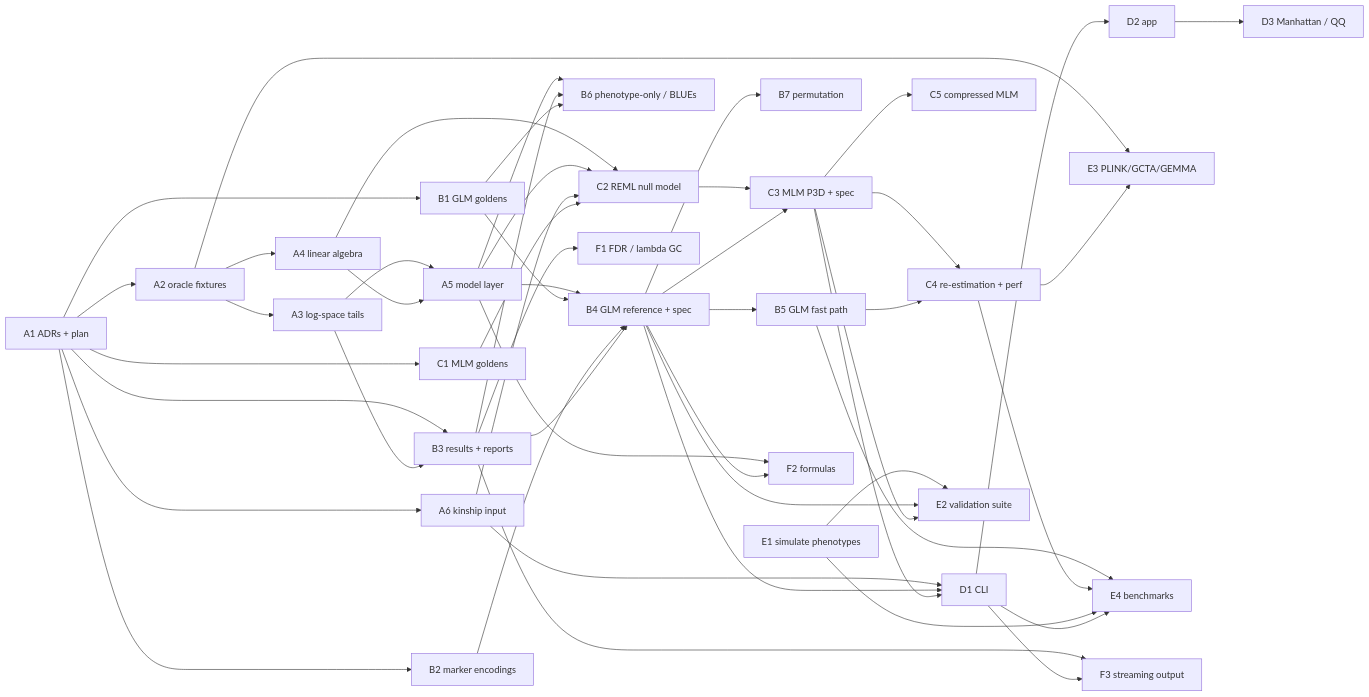
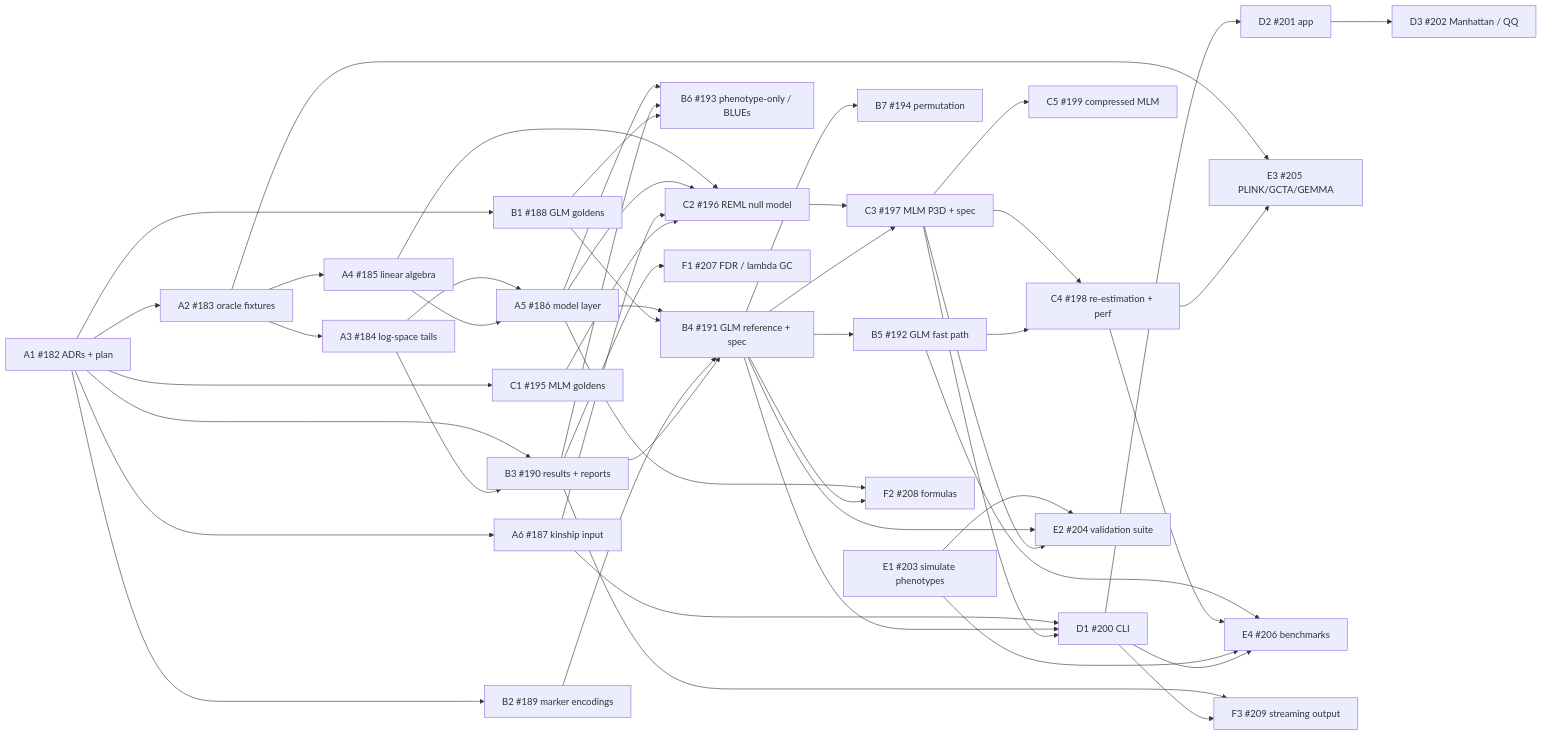
The second of 2 diagrams in docs/llm_notes/ASSOCIATION_PLAN.md (maize-genetics/tassel-6), drawn with Mermaid before and after one commit. The commit also changed other lines of this file and 2 other files, not shown here.

First line of the commit message:
docs(adr): link the association plan to epic #181 and its issues

````diff
--- a/docs/llm_notes/ASSOCIATION_PLAN.md
+++ b/docs/llm_notes/ASSOCIATION_PLAN.md
@@ -488,51 +489,51 @@
 ```mermaid
 flowchart LR
-  A1["A1 ADRs + plan"] --> A2["A2 oracle fixtures"]
-  A2 --> A3["A3 log-space tails"]
-  A2 --> A4["A4 linear algebra"]
-  A3 --> A5["A5 model layer"]
+  A1["A1 #182 ADRs + plan"] --> A2["A2 #183 oracle fixtures"]
+  A2 --> A3["A3 #184 log-space tails"]
+  A2 --> A4["A4 #185 linear algebra"]
+  A3 --> A5["A5 #186 model layer"]
   A4 --> A5
-  A1 --> A6["A6 kinship input"]
-  A1 --> B1["B1 GLM goldens"]
-  A1 --> B2["B2 marker encodings"]
-  A1 --> B3["B3 results + reports"]
+  A1 --> A6["A6 #187 kinship input"]
+  A1 --> B1["B1 #188 GLM goldens"]
+  A1 --> B2["B2 #189 marker encodings"]
+  A1 --> B3["B3 #190 results + reports"]
   A3 --> B3
-  A5 --> B4["B4 GLM reference + spec"]
+  A5 --> B4["B4 #191 GLM reference + spec"]
   B1 --> B4
   B2 --> B4
   B3 --> B4
-  B4 --> B5["B5 GLM fast path"]
-  A5 --> B6["B6 phenotype-only / BLUEs"]
+  B4 --> B5["B5 #192 GLM fast path"]
+  A5 --> B6["B6 #193 phenotype-only / BLUEs"]
   B3 --> B6
   B1 --> B6
-  B4 --> B7["B7 permutation"]
-  A1 --> C1["C1 MLM goldens"]
-  A4 --> C2["C2 REML null model"]
+  B4 --> B7["B7 #194 permutation"]
+  A1 --> C1["C1 #195 MLM goldens"]
+  A4 --> C2["C2 #196 REML null model"]
   A5 --> C2
   A6 --> C2
   C1 --> C2
-  C2 --> C3["C3 MLM P3D + spec"]
+  C2 --> C3["C3 #197 MLM P3D + spec"]
   B4 --> C3
-  C3 --> C4["C4 re-estimation + perf"]
+  C3 --> C4["C4 #198 re-estimation + perf"]
   B5 --> C4
-  C3 --> C5["C5 compressed MLM"]
-  A6 --> D1["D1 CLI"]
+  C3 --> C5["C5 #199 compressed MLM"]
+  A6 --> D1["D1 #200 CLI"]
   B4 --> D1
   C3 --> D1
-  D1 --> D2["D2 app"]
-  D2 --> D3["D3 Manhattan / QQ"]
-  E1["E1 simulate phenotypes"] --> E2["E2 validation suite"]
+  D1 --> D2["D2 #201 app"]
+  D2 --> D3["D3 #202 Manhattan / QQ"]
+  E1["E1 #203 simulate phenotypes"] --> E2["E2 #204 validation suite"]
   B4 --> E2
   C3 --> E2
-  A2 --> E3["E3 PLINK/GCTA/GEMMA"]
+  A2 --> E3["E3 #205 PLINK/GCTA/GEMMA"]
   C4 --> E3
-  B5 --> E4["E4 benchmarks"]
+  B5 --> E4["E4 #206 benchmarks"]
   C4 --> E4
   E1 --> E4
   D1 --> E4
-  B3 --> F1["F1 FDR / lambda GC"]
-  A5 --> F2["F2 formulas"]
+  B3 --> F1["F1 #207 FDR / lambda GC"]
+  A5 --> F2["F2 #208 formulas"]
   B4 --> F2
-  B3 --> F3["F3 streaming output"]
+  B3 --> F3["F3 #209 streaming output"]
   D1 --> F3
 ```
````
